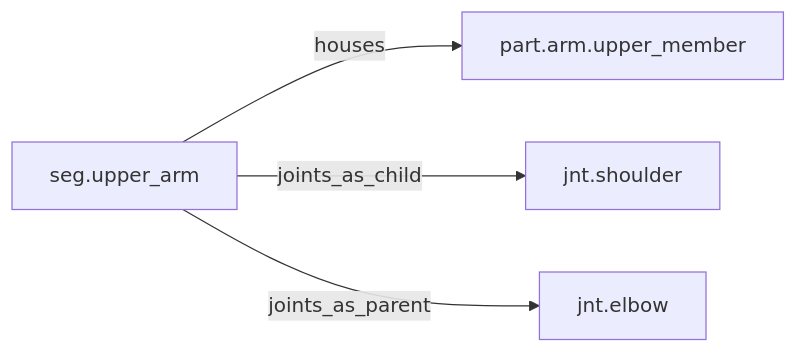
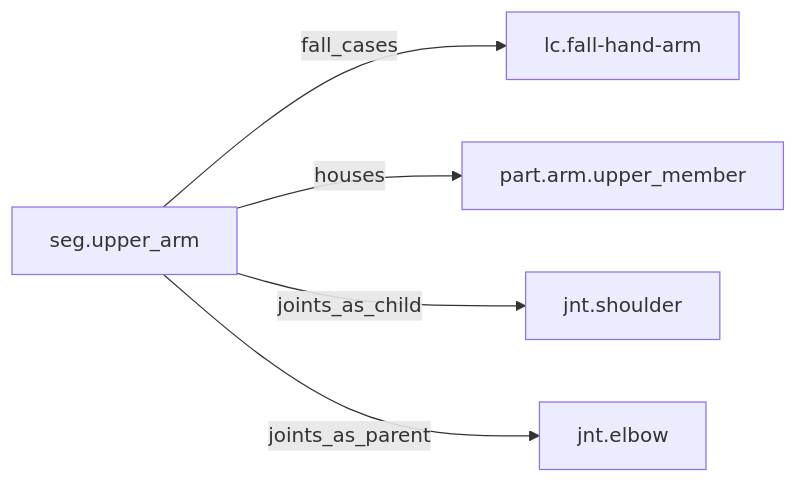
One commit to JoeCiampa3/freyja changed the diagram in thread/dossiers/seg.upper_arm.md. Above: the diagram before and after it, drawn with Mermaid. The commit also changed other lines of this file and 36 other files, not shown here.

````diff
--- a/thread/dossiers/seg.upper_arm.md
+++ b/thread/dossiers/seg.upper_arm.md
@@ -72,10 +72,12 @@
 ```mermaid
 graph LR
   n0["seg.upper_arm"]
   n1["jnt.elbow"]
   n2["jnt.shoulder"]
-  n3["part.arm.upper_member"]
-  n0 -->|houses| n3
+  n3["lc.fall-hand-arm"]
+  n4["part.arm.upper_member"]
+  n0 -->|fall_cases| n3
+  n0 -->|houses| n4
   n0 -->|joints_as_child| n2
   n0 -->|joints_as_parent| n1
 ```
````
